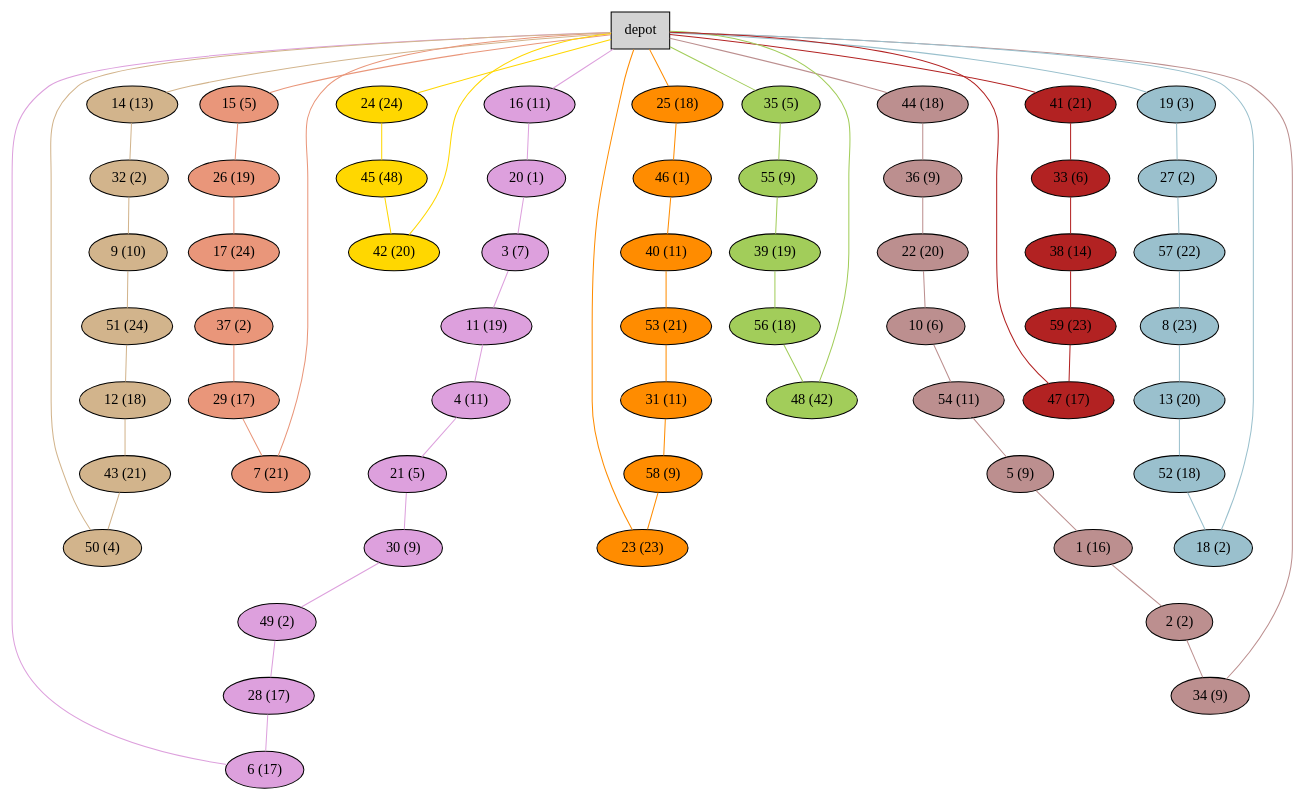
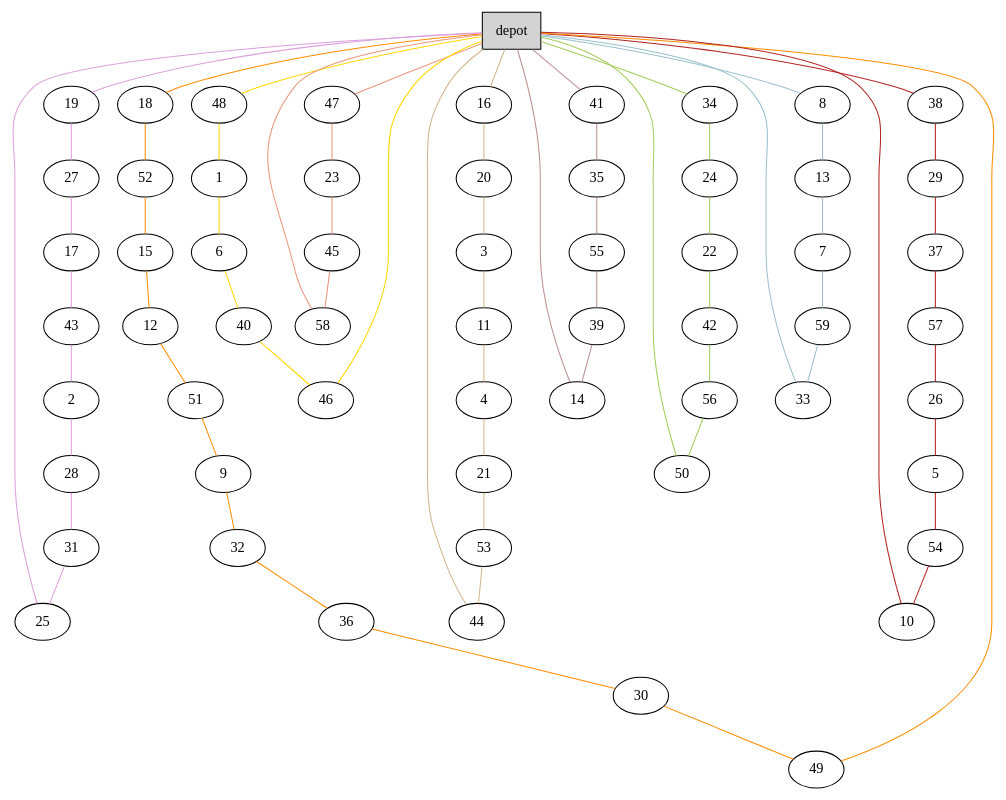
One commit to akheireddine/MAOA changed the diagram in Instances/A/plots_heuristics/A-n60-k9.vrp_G.dot. Above: the diagram before and after it, drawn with Graphviz. The commit also changed 329 other files, not shown here.

```diff
--- a/Instances/A/plots_heuristics/A-n60-k9.vrp_G.dot
+++ b/Instances/A/plots_heuristics/A-n60-k9.vrp_G.dot
@@ -1,130 +1,130 @@
 graph G {
   0[shape = box, label = "depot", style = filled ];
-  15[shape = ellipse, label = "15 (5)", style = filled , fillcolor = darksalmon ];
-  "0"--"15"[color = darksalmon];
-  26[shape = ellipse, label = "26 (19)", style = filled , fillcolor = darksalmon ];
-  "15"--"26"[color = darksalmon];
-  17[shape = ellipse, label = "17 (24)", style = filled , fillcolor = darksalmon ];
-  "26"--"17"[color = darksalmon];
-  37[shape = ellipse, label = "37 (2)", style = filled , fillcolor = darksalmon ];
-  "17"--"37"[color = darksalmon];
-  29[shape = ellipse, label = "29 (17)", style = filled , fillcolor = darksalmon ];
-  "37"--"29"[color = darksalmon];
-  7[shape = ellipse, label = "7 (21)", style = filled , fillcolor = darksalmon ];
-  "29"--"7"[color = darksalmon];
-  "7"--"0"[color = darksalmon];
-  24[shape = ellipse, label = "24 (24)", style = filled , fillcolor = gold ];
-  "0"--"24"[color = gold];
-  45[shape = ellipse, label = "45 (48)", style = filled , fillcolor = gold ];
-  "24"--"45"[color = gold];
-  42[shape = ellipse, label = "42 (20)", style = filled , fillcolor = gold ];
-  "45"--"42"[color = gold];
-  "42"--"0"[color = gold];
-  16[shape = ellipse, label = "16 (11)", style = filled , fillcolor = plum ];
-  "0"--"16"[color = plum];
-  20[shape = ellipse, label = "20 (1)", style = filled , fillcolor = plum ];
-  "16"--"20"[color = plum];
-  3[shape = ellipse, label = "3 (7)", style = filled , fillcolor = plum ];
-  "20"--"3"[color = plum];
-  11[shape = ellipse, label = "11 (19)", style = filled , fillcolor = plum ];
-  "3"--"11"[color = plum];
-  4[shape = ellipse, label = "4 (11)", style = filled , fillcolor = plum ];
-  "11"--"4"[color = plum];
-  21[shape = ellipse, label = "21 (5)", style = filled , fillcolor = plum ];
-  "4"--"21"[color = plum];
-  30[shape = ellipse, label = "30 (9)", style = filled , fillcolor = plum ];
-  "21"--"30"[color = plum];
-  49[shape = ellipse, label = "49 (2)", style = filled , fillcolor = plum ];
-  "30"--"49"[color = plum];
-  28[shape = ellipse, label = "28 (17)", style = filled , fillcolor = plum ];
-  "49"--"28"[color = plum];
-  6[shape = ellipse, label = "6 (17)", style = filled , fillcolor = plum ];
-  "28"--"6"[color = plum];
-  "6"--"0"[color = plum];
-  14[shape = ellipse, label = "14 (13)", style = filled , fillcolor = tan ];
-  "0"--"14"[color = tan];
-  32[shape = ellipse, label = "32 (2)", style = filled , fillcolor = tan ];
-  "14"--"32"[color = tan];
-  9[shape = ellipse, label = "9 (10)", style = filled , fillcolor = tan ];
-  "32"--"9"[color = tan];
-  51[shape = ellipse, label = "51 (24)", style = filled , fillcolor = tan ];
-  "9"--"51"[color = tan];
-  12[shape = ellipse, label = "12 (18)", style = filled , fillcolor = tan ];
-  "51"--"12"[color = tan];
-  43[shape = ellipse, label = "43 (21)", style = filled , fillcolor = tan ];
-  "12"--"43"[color = tan];
-  50[shape = ellipse, label = "50 (4)", style = filled , fillcolor = tan ];
-  "43"--"50"[color = tan];
-  "50"--"0"[color = tan];
-  25[shape = ellipse, label = "25 (18)", style = filled , fillcolor = darkorange ];
-  "0"--"25"[color = darkorange];
-  46[shape = ellipse, label = "46 (1)", style = filled , fillcolor = darkorange ];
-  "25"--"46"[color = darkorange];
-  40[shape = ellipse, label = "40 (11)", style = filled , fillcolor = darkorange ];
-  "46"--"40"[color = darkorange];
-  53[shape = ellipse, label = "53 (21)", style = filled , fillcolor = darkorange ];
-  "40"--"53"[color = darkorange];
-  31[shape = ellipse, label = "31 (11)", style = filled , fillcolor = darkorange ];
-  "53"--"31"[color = darkorange];
-  58[shape = ellipse, label = "58 (9)", style = filled , fillcolor = darkorange ];
-  "31"--"58"[color = darkorange];
-  23[shape = ellipse, label = "23 (23)", style = filled , fillcolor = darkorange ];
-  "58"--"23"[color = darkorange];
-  "23"--"0"[color = darkorange];
-  44[shape = ellipse, label = "44 (18)", style = filled , fillcolor = rosybrown ];
-  "0"--"44"[color = rosybrown];
-  36[shape = ellipse, label = "36 (9)", style = filled , fillcolor = rosybrown ];
-  "44"--"36"[color = rosybrown];
-  22[shape = ellipse, label = "22 (20)", style = filled , fillcolor = rosybrown ];
-  "36"--"22"[color = rosybrown];
-  10[shape = ellipse, label = "10 (6)", style = filled , fillcolor = rosybrown ];
-  "22"--"10"[color = rosybrown];
-  54[shape = ellipse, label = "54 (11)", style = filled , fillcolor = rosybrown ];
-  "10"--"54"[color = rosybrown];
-  5[shape = ellipse, label = "5 (9)", style = filled , fillcolor = rosybrown ];
-  "54"--"5"[color = rosybrown];
-  1[shape = ellipse, label = "1 (16)", style = filled , fillcolor = rosybrown ];
-  "5"--"1"[color = rosybrown];
-  2[shape = ellipse, label = "2 (2)", style = filled , fillcolor = rosybrown ];
-  "1"--"2"[color = rosybrown];
-  34[shape = ellipse, label = "34 (9)", style = filled , fillcolor = rosybrown ];
-  "2"--"34"[color = rosybrown];
-  "34"--"0"[color = rosybrown];
-  35[shape = ellipse, label = "35 (5)", style = filled , fillcolor = darkolivegreen3 ];
-  "0"--"35"[color = darkolivegreen3];
-  55[shape = ellipse, label = "55 (9)", style = filled , fillcolor = darkolivegreen3 ];
-  "35"--"55"[color = darkolivegreen3];
-  39[shape = ellipse, label = "39 (19)", style = filled , fillcolor = darkolivegreen3 ];
-  "55"--"39"[color = darkolivegreen3];
-  56[shape = ellipse, label = "56 (18)", style = filled , fillcolor = darkolivegreen3 ];
-  "39"--"56"[color = darkolivegreen3];
-  48[shape = ellipse, label = "48 (42)", style = filled , fillcolor = darkolivegreen3 ];
-  "56"--"48"[color = darkolivegreen3];
-  "48"--"0"[color = darkolivegreen3];
-  19[shape = ellipse, label = "19 (3)", style = filled , fillcolor = lightblue3 ];
-  "0"--"19"[color = lightblue3];
-  27[shape = ellipse, label = "27 (2)", style = filled , fillcolor = lightblue3 ];
-  "19"--"27"[color = lightblue3];
-  57[shape = ellipse, label = "57 (22)", style = filled , fillcolor = lightblue3 ];
-  "27"--"57"[color = lightblue3];
-  8[shape = ellipse, label = "8 (23)", style = filled , fillcolor = lightblue3 ];
-  "57"--"8"[color = lightblue3];
-  13[shape = ellipse, label = "13 (20)", style = filled , fillcolor = lightblue3 ];
+  47[shape = ellipse];
+  "0"--"47"[color = darksalmon];
+  23[shape = ellipse];
+  "47"--"23"[color = darksalmon];
+  45[shape = ellipse];
+  "23"--"45"[color = darksalmon];
+  58[shape = ellipse];
+  "45"--"58"[color = darksalmon];
+  "58"--"0"[color = darksalmon];
+  48[shape = ellipse];
+  "0"--"48"[color = gold];
+  1[shape = ellipse];
+  "48"--"1"[color = gold];
+  6[shape = ellipse];
+  "1"--"6"[color = gold];
+  40[shape = ellipse];
+  "6"--"40"[color = gold];
+  46[shape = ellipse];
+  "40"--"46"[color = gold];
+  "46"--"0"[color = gold];
+  19[shape = ellipse];
+  "0"--"19"[color = plum];
+  27[shape = ellipse];
+  "19"--"27"[color = plum];
+  17[shape = ellipse];
+  "27"--"17"[color = plum];
+  43[shape = ellipse];
+  "17"--"43"[color = plum];
+  2[shape = ellipse];
+  "43"--"2"[color = plum];
+  28[shape = ellipse];
+  "2"--"28"[color = plum];
+  31[shape = ellipse];
+  "28"--"31"[color = plum];
+  25[shape = ellipse];
+  "31"--"25"[color = plum];
+  "25"--"0"[color = plum];
+  16[shape = ellipse];
+  "0"--"16"[color = tan];
+  20[shape = ellipse];
+  "16"--"20"[color = tan];
+  3[shape = ellipse];
+  "20"--"3"[color = tan];
+  11[shape = ellipse];
+  "3"--"11"[color = tan];
+  4[shape = ellipse];
+  "11"--"4"[color = tan];
+  21[shape = ellipse];
+  "4"--"21"[color = tan];
+  53[shape = ellipse];
+  "21"--"53"[color = tan];
+  44[shape = ellipse];
+  "53"--"44"[color = tan];
+  "44"--"0"[color = tan];
+  18[shape = ellipse];
+  "0"--"18"[color = darkorange];
+  52[shape = ellipse];
+  "18"--"52"[color = darkorange];
+  15[shape = ellipse];
+  "52"--"15"[color = darkorange];
+  12[shape = ellipse];
+  "15"--"12"[color = darkorange];
+  51[shape = ellipse];
+  "12"--"51"[color = darkorange];
+  9[shape = ellipse];
+  "51"--"9"[color = darkorange];
+  32[shape = ellipse];
+  "9"--"32"[color = darkorange];
+  36[shape = ellipse];
+  "32"--"36"[color = darkorange];
+  30[shape = ellipse];
+  "36"--"30"[color = darkorange];
+  49[shape = ellipse];
+  "30"--"49"[color = darkorange];
+  "49"--"0"[color = darkorange];
+  41[shape = ellipse];
+  "0"--"41"[color = rosybrown];
+  35[shape = ellipse];
+  "41"--"35"[color = rosybrown];
+  55[shape = ellipse];
+  "35"--"55"[color = rosybrown];
+  39[shape = ellipse];
+  "55"--"39"[color = rosybrown];
+  14[shape = ellipse];
+  "39"--"14"[color = rosybrown];
+  "14"--"0"[color = rosybrown];
+  34[shape = ellipse];
+  "0"--"34"[color = darkolivegreen3];
+  24[shape = ellipse];
+  "34"--"24"[color = darkolivegreen3];
+  22[shape = ellipse];
+  "24"--"22"[color = darkolivegreen3];
+  42[shape = ellipse];
+  "22"--"42"[color = darkolivegreen3];
+  56[shape = ellipse];
+  "42"--"56"[color = darkolivegreen3];
+  50[shape = ellipse];
+  "56"--"50"[color = darkolivegreen3];
+  "50"--"0"[color = darkolivegreen3];
+  8[shape = ellipse];
+  "0"--"8"[color = lightblue3];
+  13[shape = ellipse];
   "8"--"13"[color = lightblue3];
-  52[shape = ellipse, label = "52 (18)", style = filled , fillcolor = lightblue3 ];
-  "13"--"52"[color = lightblue3];
-  18[shape = ellipse, label = "18 (2)", style = filled , fillcolor = lightblue3 ];
-  "52"--"18"[color = lightblue3];
-  "18"--"0"[color = lightblue3];
-  41[shape = ellipse, label = "41 (21)", style = filled , fillcolor = firebrick ];
-  "0"--"41"[color = firebrick];
-  33[shape = ellipse, label = "33 (6)", style = filled , fillcolor = firebrick ];
-  "41"--"33"[color = firebrick];
-  38[shape = ellipse, label = "38 (14)", style = filled , fillcolor = firebrick ];
-  "33"--"38"[color = firebrick];
-  59[shape = ellipse, label = "59 (23)", style = filled , fillcolor = firebrick ];
-  "38"--"59"[color = firebrick];
-  47[shape = ellipse, label = "47 (17)", style = filled , fillcolor = firebrick ];
-  "59"--"47"[color = firebrick];
-  "47"--"0"[color = firebrick];
+  7[shape = ellipse];
+  "13"--"7"[color = lightblue3];
+  59[shape = ellipse];
+  "7"--"59"[color = lightblue3];
+  33[shape = ellipse];
+  "59"--"33"[color = lightblue3];
+  "33"--"0"[color = lightblue3];
+  38[shape = ellipse];
+  "0"--"38"[color = firebrick];
+  29[shape = ellipse];
+  "38"--"29"[color = firebrick];
+  37[shape = ellipse];
+  "29"--"37"[color = firebrick];
+  57[shape = ellipse];
+  "37"--"57"[color = firebrick];
+  26[shape = ellipse];
+  "57"--"26"[color = firebrick];
+  5[shape = ellipse];
+  "26"--"5"[color = firebrick];
+  54[shape = ellipse];
+  "5"--"54"[color = firebrick];
+  10[shape = ellipse];
+  "54"--"10"[color = firebrick];
+  "10"--"0"[color = firebrick];
 }
```
